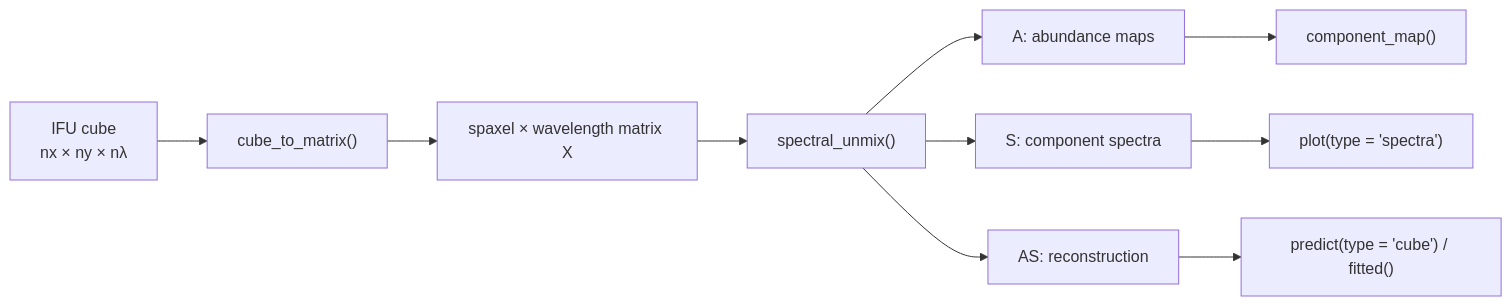
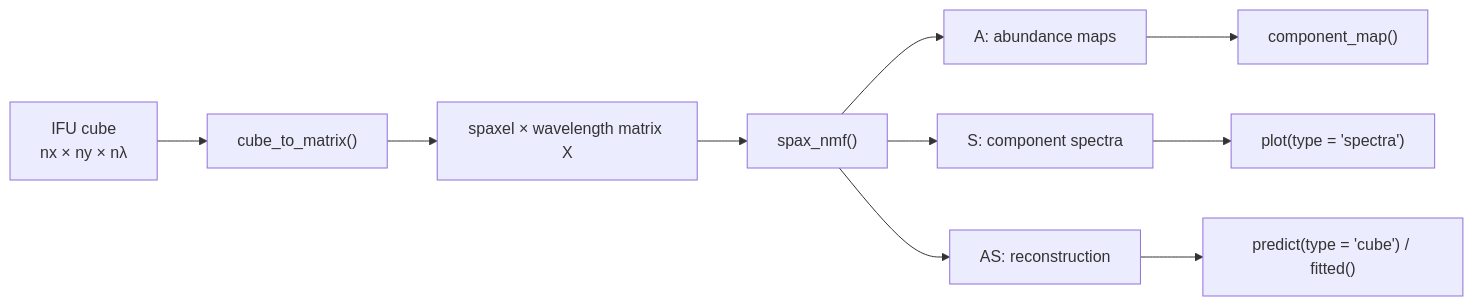
Before and after one commit to RafaelSdeSouza/SpaxNMF: the diagram in site/index.qmd, drawn with Mermaid. The commit also changed other lines of this file and 34 other files, not shown here.

````diff
--- a/site/index.qmd
+++ b/site/index.qmd
@@ -26,12 +26,12 @@
 ```{mermaid}
 flowchart LR
   A["IFU cube<br/>nx × ny × nλ"] --> B["cube_to_matrix()"]
   B --> C["spaxel × wavelength matrix X"]
-  C --> D["spectral_unmix()"]
+  C --> D["spax_nmf()"]
   D --> E["A: abundance maps"]
   D --> F["S: component spectra"]
   D --> G["AS: reconstruction"]
   E --> H["component_map()"]
   F --> I["plot(type = 'spectra')"]
   G --> J["predict(type = 'cube') / fitted()"]
 ```
````
